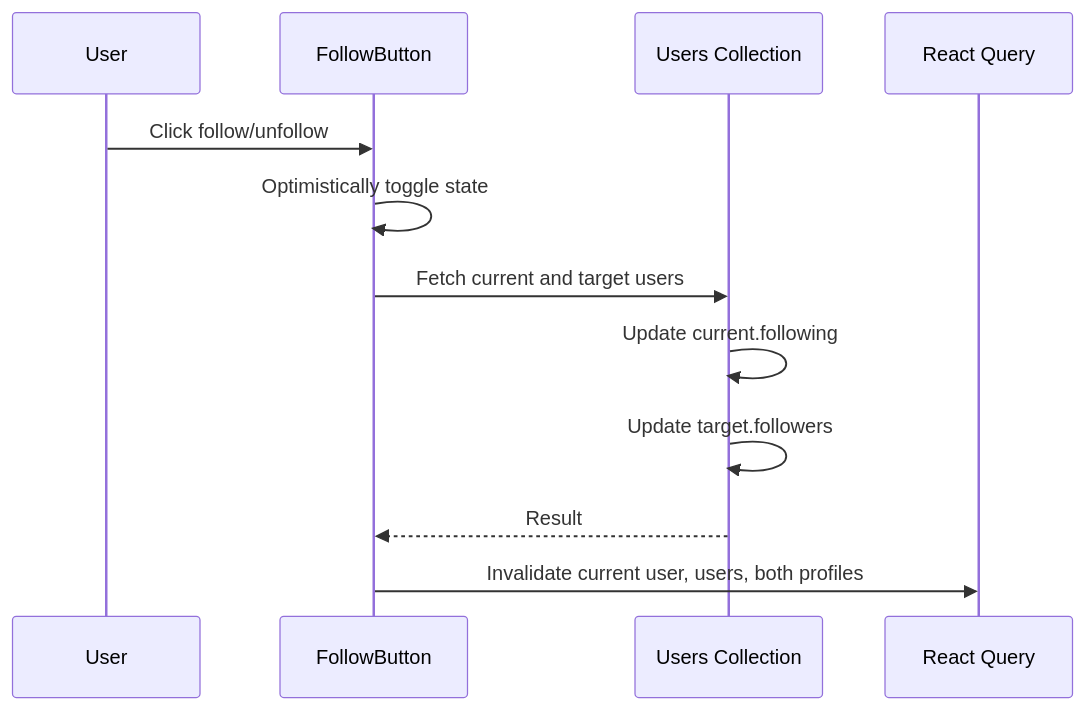
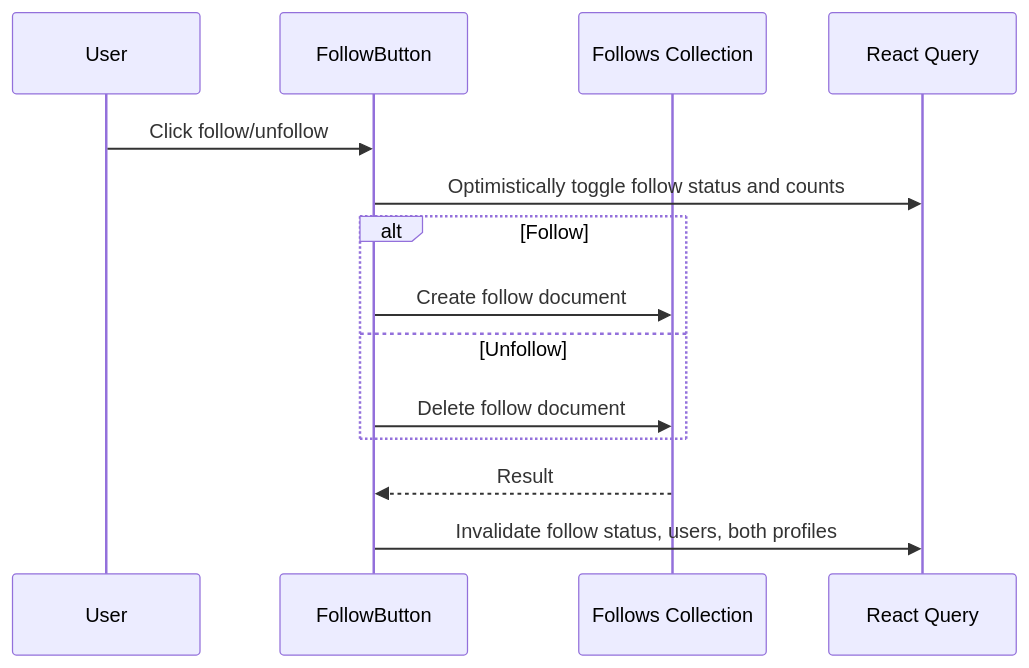
The ninth of 16 diagrams in docs/HLD.md (BINIT-Nayak/Snapgram), drawn with Mermaid before and after one commit. The commit also changed other lines of this file and 26 other files, not shown here.

````diff
--- a/docs/HLD.md
+++ b/docs/HLD.md
@@ -291,15 +303,17 @@
 ```mermaid
 sequenceDiagram
   participant User
   participant Button as FollowButton
-  participant Users as Users Collection
+  participant Follows as Follows Collection
   participant RQ as React Query
 
   User->>Button: Click follow/unfollow
-  Button->>Button: Optimistically toggle state
-  Button->>Users: Fetch current and target users
-  Users->>Users: Update current.following
-  Users->>Users: Update target.followers
-  Users-->>Button: Result
-  Button->>RQ: Invalidate current user, users, both profiles
+  Button->>RQ: Optimistically toggle follow status and counts
+  alt Follow
+    Button->>Follows: Create follow document
+  else Unfollow
+    Button->>Follows: Delete follow document
+  end
+  Follows-->>Button: Result
+  Button->>RQ: Invalidate follow status, users, both profiles
 ```
````
